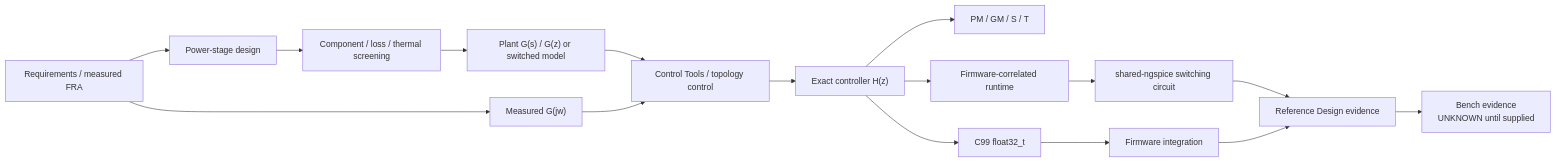
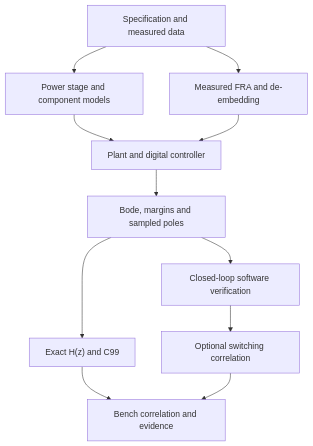
One commit to qq931521863-stack/llc_design_tool_v1 changed the diagram in README.md. Above: the diagram before and after it, drawn with Mermaid. The commit also changed other lines of this file and 4 other files, not shown here.

````diff
--- a/README.md
+++ b/README.md
@@ -39,18 +62,13 @@
 ```mermaid
-flowchart LR
-    A["Requirements / measured FRA"] --> B["Power-stage design"]
-    B --> C["Component / loss / thermal screening"]
-    C --> D["Plant G(s) / G(z) or switched model"]
-    A --> E["Measured G(jw)"]
-    D --> F["Control Tools / topology control"]
-    E --> F
-    F --> G["Exact controller H(z)"]
-    G --> H["PM / GM / S / T"]
-    G --> I["C99 float32_t"]
-    G --> J["Firmware-correlated runtime"]
-    J --> K["shared-ngspice switching circuit"]
-    I --> L["Firmware integration"]
-    K --> M["Reference Design evidence"]
-    L --> M
-    M --> N["Bench evidence<br/>UNKNOWN until supplied"]
+flowchart TD
+    A["Specification and measured data"] --> B["Power stage and component models"]
+    A --> C["Measured FRA and de-embedding"]
+    B --> D["Plant and digital controller"]
+    C --> D
+    D --> E["Bode, margins and sampled poles"]
+    E --> F["Exact H(z) and C99"]
+    E --> G["Closed-loop software verification"]
+    G --> H["Optional switching correlation"]
+    F --> I["Bench correlation and evidence"]
+    H --> I
 ```
````
